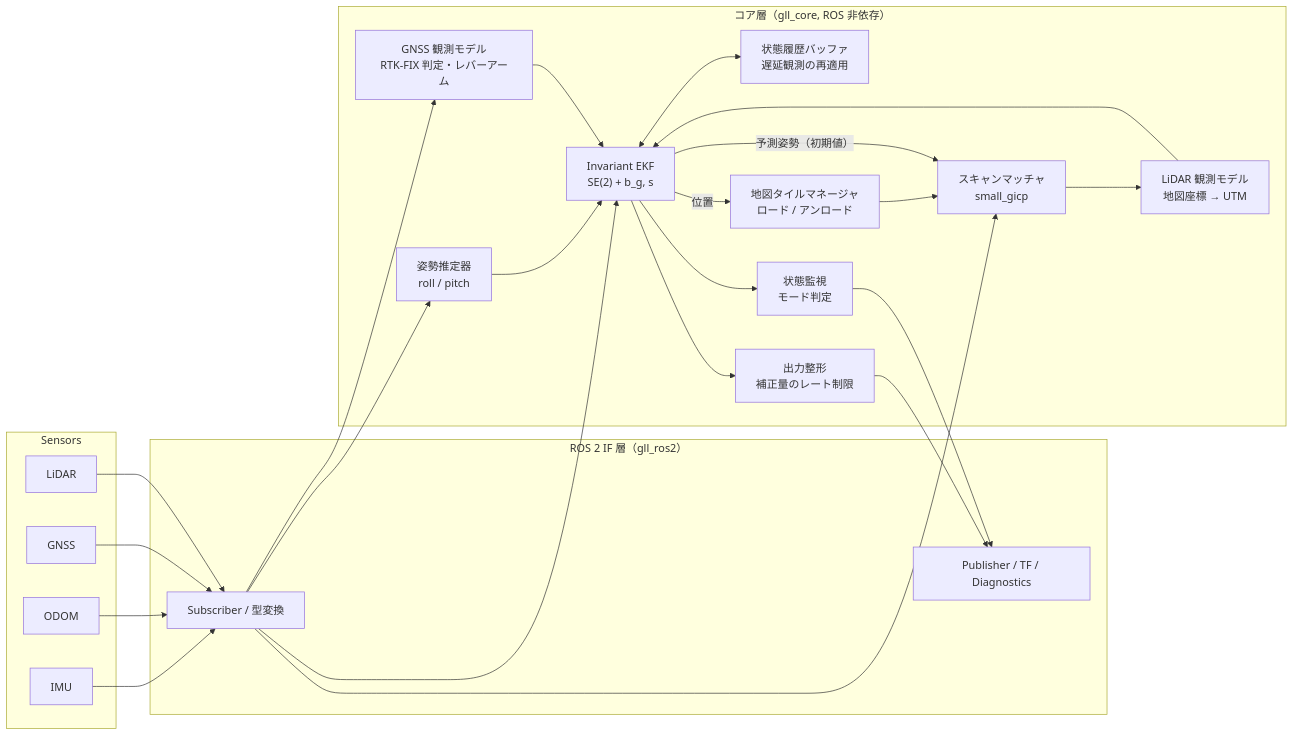
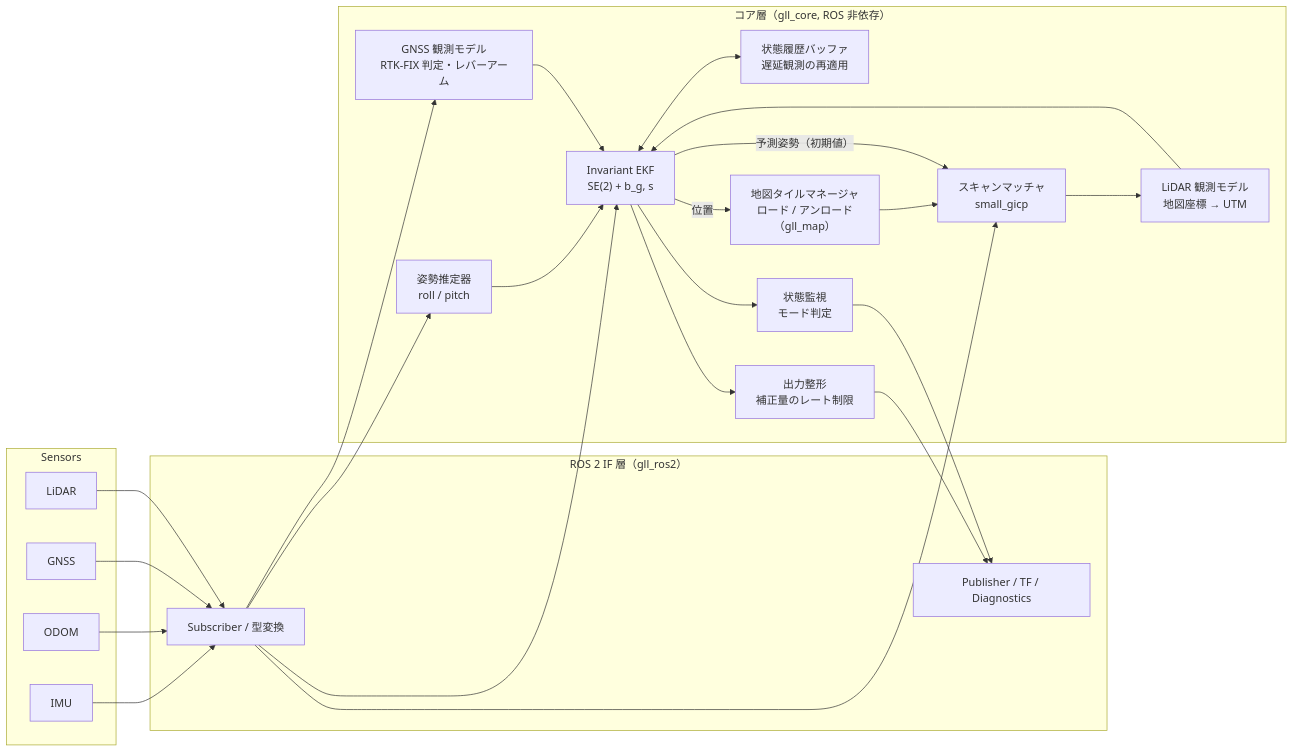
The first of 4 diagrams in docs/design.md (mamoru1126/gnss_and_lidar_localization), drawn with Mermaid before and after one commit. The commit also changed other lines of this file and 48 other files, not shown here.

First line of the commit message:
feat(map): 地図のタイル化と動的ロードを単体で使えるライブラリ gll_map に切り出す

````diff
--- a/docs/design.md
+++ b/docs/design.md
@@ -54,42 +55,42 @@
 ```mermaid
 flowchart LR
   subgraph Sensors
     IMU[IMU]
     ODOM[ODOM]
     GNSS[GNSS]
     LIDAR[LiDAR]
   end
 
   subgraph ROS2_IF["ROS 2 IF 層（gll_ros2）"]
     SUB[Subscriber / 型変換]
     PUB[Publisher / TF / Diagnostics]
   end
 
   subgraph Core["コア層（gll_core, ROS 非依存）"]
     ATT[姿勢推定器<br/>roll / pitch]
     EKF["Invariant EKF<br/>SE(2) + b_g, s"]
     HIST[状態履歴バッファ<br/>遅延観測の再適用]
     GM[GNSS 観測モデル<br/>RTK-FIX 判定・レバーアーム]
     LM[LiDAR 観測モデル<br/>地図座標 → UTM]
     SM[スキャンマッチャ<br/>small_gicp]
-    MTM[地図タイルマネージャ<br/>ロード / アンロード]
+    MTM[地図タイルマネージャ<br/>ロード / アンロード<br/>（gll_map）]
     OS[出力整形<br/>補正量のレート制限]
     ST[状態監視<br/>モード判定]
   end
 
   IMU --> SUB
   ODOM --> SUB
   GNSS --> SUB
   LIDAR --> SUB
   SUB --> ATT --> EKF
   SUB --> EKF
   SUB --> GM --> EKF
   SUB --> SM
   MTM --> SM
   EKF -- 予測姿勢（初期値）--> SM
   SM --> LM --> EKF
   EKF <--> HIST
   EKF -- 位置 --> MTM
   EKF --> OS --> PUB
   EKF --> ST --> PUB
 ```
````
